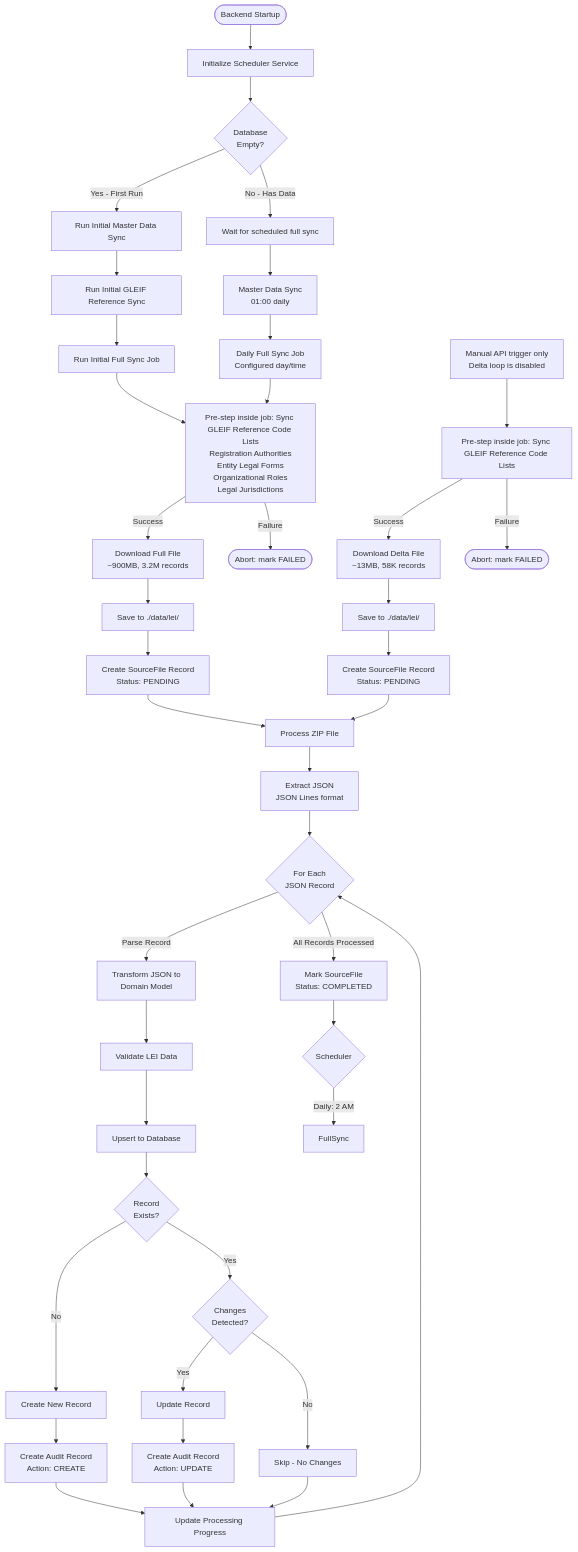
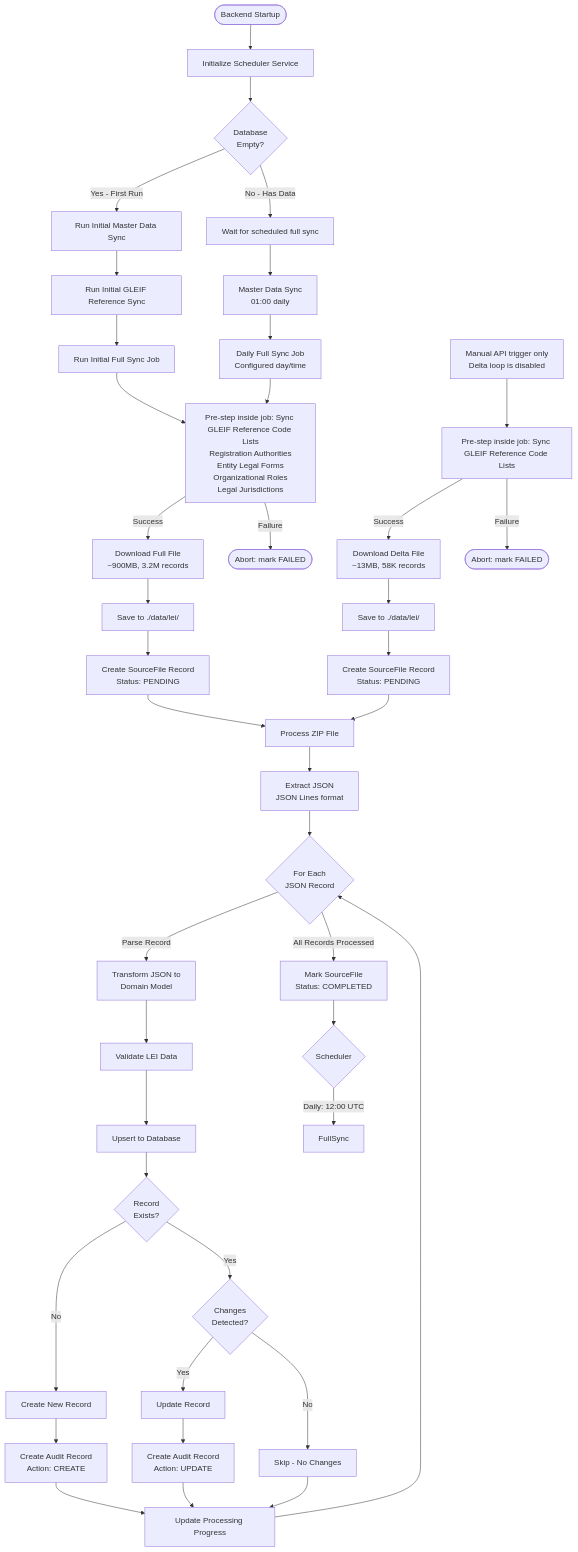
Before and after one commit to techie2000/axiom: the first of 5 diagrams in docs/lei/LEI_DATA_FLOW.md, drawn with Mermaid. The commit also changed other lines of this file and 20 other files, not shown here.

First line of the commit message:
fix+feat: fix silent Level 1 upsert rollback, add DB write stat tracking, shift sync to 12:00 UTC

````diff
--- a/docs/lei/LEI_DATA_FLOW.md
+++ b/docs/lei/LEI_DATA_FLOW.md
@@ -8,63 +8,63 @@
 ```mermaid
 flowchart TD
     Start([Backend Startup]) --> Init[Initialize Scheduler Service]
     Init --> CheckDB{Database<br/>Empty?}
 
     CheckDB -->|Yes - First Run| InitialMaster[Run Initial Master Data Sync]
     CheckDB -->|No - Has Data| WaitSchedule[Wait for scheduled full sync]
 
     InitialMaster --> InitialGLEIF[Run Initial GLEIF Reference Sync]
     InitialGLEIF --> InitialFull[Run Initial Full Sync Job]
 
     WaitSchedule --> MasterSchedule[Master Data Sync<br/>01:00 daily]
     MasterSchedule --> DailyFull[Daily Full Sync Job<br/>Configured day/time]
 
     InitialFull --> GLEIFRefSyncFull[Pre-step inside job: Sync GLEIF Reference Code Lists<br/>Registration Authorities<br/>Entity Legal Forms<br/>Organizational Roles<br/>Legal Jurisdictions]
     DailyFull --> GLEIFRefSyncFull
 
     ManualDelta[Manual API trigger only<br/>Delta loop is disabled] --> GLEIFRefSyncDelta[Pre-step inside job: Sync GLEIF Reference Code Lists]
 
     GLEIFRefSyncFull -->|Success| DownloadFull[Download Full File<br/>~900MB, 3.2M records]
     GLEIFRefSyncFull -->|Failure| AbortFull([Abort: mark FAILED])
 
     GLEIFRefSyncDelta -->|Success| DownloadDelta[Download Delta File<br/>~13MB, 58K records]
     GLEIFRefSyncDelta -->|Failure| AbortDelta([Abort: mark FAILED])
 
     DownloadFull --> SaveFile1[Save to ./data/lei/]
     DownloadDelta --> SaveFile2[Save to ./data/lei/]
 
     SaveFile1 --> CreateSourceFile1[Create SourceFile Record<br/>Status: PENDING]
     SaveFile2 --> CreateSourceFile2[Create SourceFile Record<br/>Status: PENDING]
 
     CreateSourceFile1 --> ProcessFile[Process ZIP File]
     CreateSourceFile2 --> ProcessFile
 
     ProcessFile --> Extract[Extract JSON<br/>JSON Lines format]
     Extract --> ParseLoop{For Each<br/>JSON Record}
 
     ParseLoop -->|Parse Record| Transform[Transform JSON to<br/>Domain Model]
     Transform --> Validate[Validate LEI Data]
     Validate --> Upsert[Upsert to Database]
 
     Upsert --> CheckExists{Record<br/>Exists?}
 
     CheckExists -->|No| CreateNew[Create New Record]
     CheckExists -->|Yes| DetectChanges{Changes<br/>Detected?}
 
     CreateNew --> CreateAudit1[Create Audit Record<br/>Action: CREATE]
     DetectChanges -->|Yes| UpdateRecord[Update Record]
     DetectChanges -->|No| Skip[Skip - No Changes]
 
     UpdateRecord --> CreateAudit2[Create Audit Record<br/>Action: UPDATE]
 
     CreateAudit1 --> UpdateProgress[Update Processing Progress]
     CreateAudit2 --> UpdateProgress
     Skip --> UpdateProgress
 
     UpdateProgress --> ParseLoop
 
     ParseLoop -->|All Records Processed| Complete[Mark SourceFile<br/>Status: COMPLETED]
     Complete --> Schedule{Scheduler}
 
-    Schedule -->|Daily: 2 AM| FullSync
+    Schedule -->|Daily: 12:00 UTC| FullSync
 ```
````
